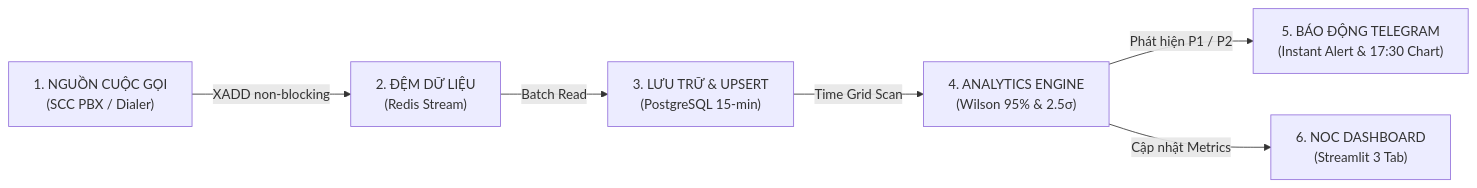
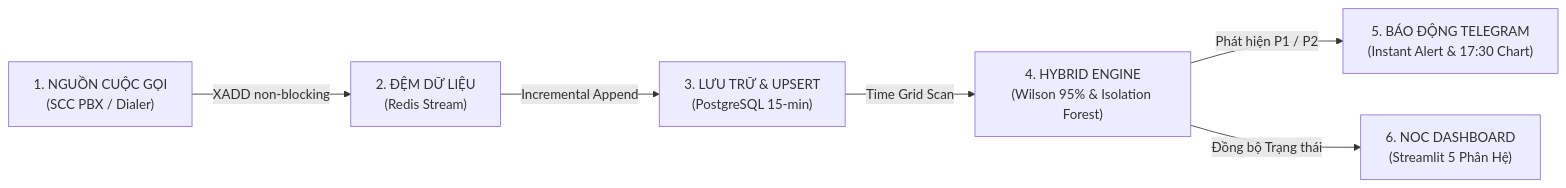
One commit to MinhTran110/scc-anomaly-detection changed the diagram in README.md. Above: the diagram before and after it, drawn with Mermaid. The commit also changed other lines of this file and 8 other files, not shown here.

First line of the commit message:
feat: release v3.2.2 - modernize NOC dashboard, optimize producer append, consolidate SQL, and update README

````diff
--- a/README.md
+++ b/README.md
@@ -18,8 +19,8 @@
 ```mermaid
 flowchart LR
     A["1. NGUỒN CUỘC GỌI\n(SCC PBX / Dialer)"] -->|XADD non-blocking| B["2. ĐỆM DỮ LIỆU\n(Redis Stream)"]
-    B -->|Batch Read| C["3. LƯU TRỮ & UPSERT\n(PostgreSQL 15-min)"]
-    C -->|Time Grid Scan| D["4. ANALYTICS ENGINE\n(Wilson 95% & 2.5σ)"]
+    B -->|Incremental Append| C["3. LƯU TRỮ & UPSERT\n(PostgreSQL 15-min)"]
+    C -->|Time Grid Scan| D["4. HYBRID ENGINE\n(Wilson 95% & Isolation Forest)"]
     D -->|Phát hiện P1 / P2| E["5. BÁO ĐỘNG TELEGRAM\n(Instant Alert & 17:30 Chart)"]
-    D -->|Cập nhật Metrics| F["6. NOC DASHBOARD\n(Streamlit 3 Tab)"]
+    D -->|Đồng bộ Trạng thái| F["6. NOC DASHBOARD\n(Streamlit 5 Phân Hệ)"]
 ```
````
